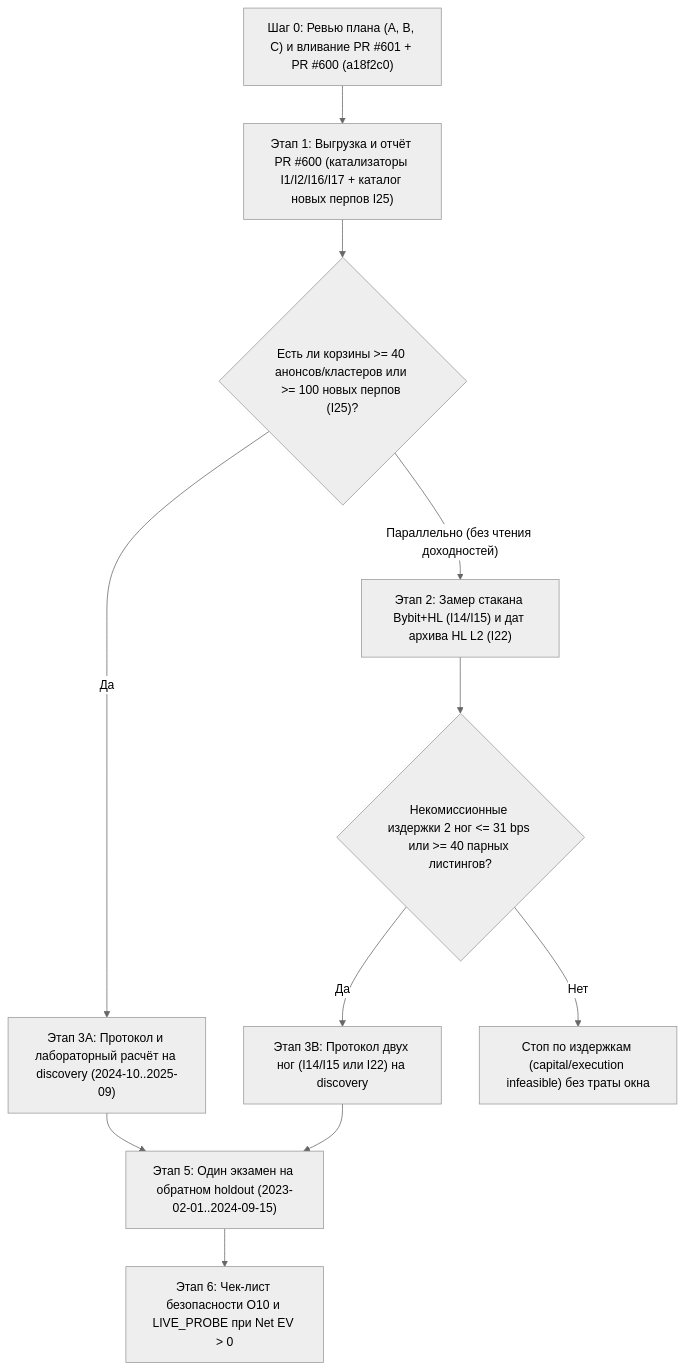
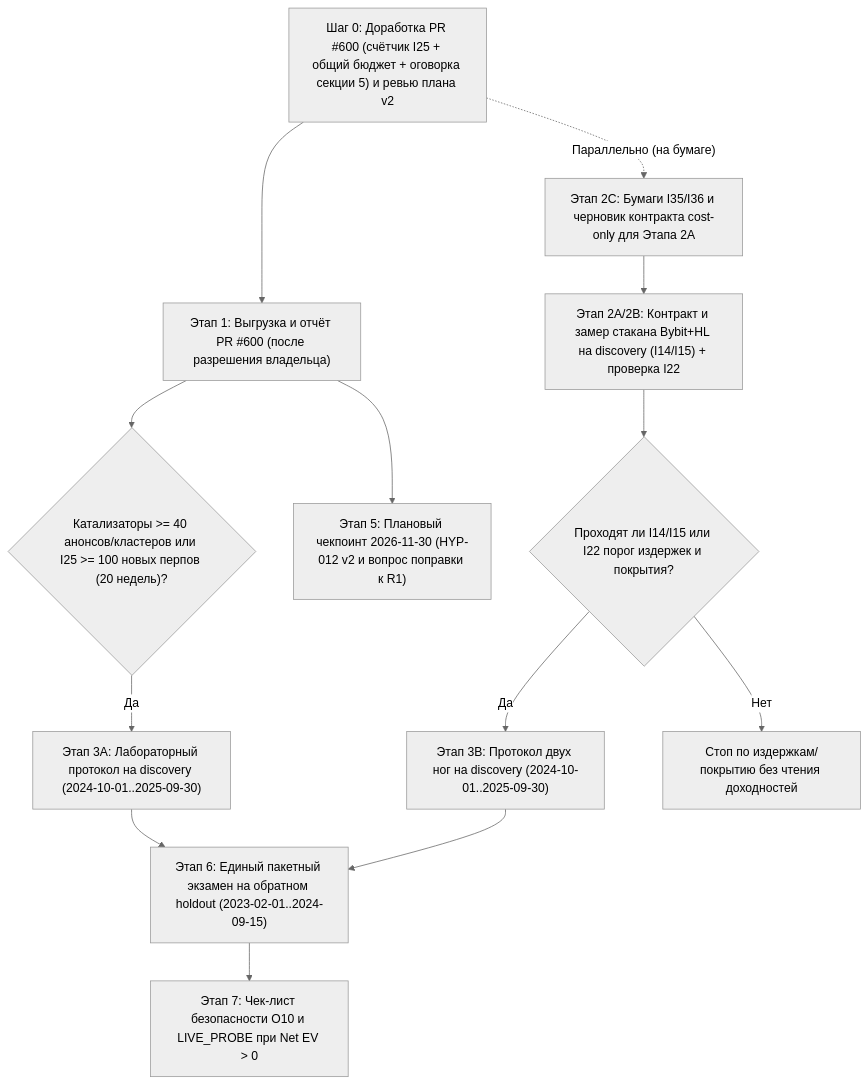
Before and after one commit to mavlevich/schurfer: the diagram in docs/consilium/plan.md, drawn with Mermaid (neutral theme). The commit also changed other lines of this file and 2 other files, not shown here.

````diff
--- a/docs/consilium/plan.md
+++ b/docs/consilium/plan.md
@@ -61,13 +72,15 @@
 ```mermaid
 flowchart TD
-    S0["Шаг 0: Ревью плана (A, B, C) и вливание PR #601 + PR #600 (a18f2c0)"] --> S1["Этап 1: Выгрузка и отчёт PR #600 (катализаторы I1/I2/I16/I17 + каталог новых перпов I25)"]
-    S1 --> G1{"Есть ли корзины >= 40 анонсов/кластеров или >= 100 новых перпов (I25)?"}
-    G1 -- "Да" --> S3A["Этап 3A: Протокол и лабораторный расчёт на discovery (2024-10..2025-09)"]
-    G1 -- "Параллельно (без чтения доходностей)" --> S2["Этап 2: Замер стакана Bybit+HL (I14/I15) и дат архива HL L2 (I22)"]
-    S2 --> G2{"Некомиссионные издержки 2 ног <= 31 bps или >= 40 парных листингов?"}
-    G2 -- "Да" --> S3B["Этап 3B: Протокол двух ног (I14/I15 или I22) на discovery"]
-    G2 -- "Нет" --> STOP2["Стоп по издержкам (capital/execution infeasible) без траты окна"]
-    S3A --> S5["Этап 5: Один экзамен на обратном holdout (2023-02-01..2024-09-15)"]
-    S3B --> S5
-    S5 --> S6["Этап 6: Чек-лист безопасности O10 и LIVE_PROBE при Net EV > 0"]
+    S0["Шаг 0: Доработка PR #600 (счётчик I25 + общий бюджет + оговорка секции 5) и ревью плана v2"] --> S1["Этап 1: Выгрузка и отчёт PR #600 (после разрешения владельца)"]
+    S0 -. "Параллельно (на бумаге)" .-> S2C["Этап 2C: Бумаги I35/I36 и черновик контракта cost-only для Этапа 2A"]
+    S1 --> G1{"Катализаторы >= 40 анонсов/кластеров или I25 >= 100 новых перпов (20 недель)?"}
+    G1 -- "Да" --> S3A["Этап 3A: Лабораторный протокол на discovery (2024-10-01..2025-09-30)"]
+    S2C --> S2["Этап 2A/2B: Контракт и замер стакана Bybit+HL на discovery (I14/I15) + проверка I22"]
+    S2 --> G2{"Проходят ли I14/I15 или I22 порог издержек и покрытия?"}
+    G2 -- "Да" --> S3B["Этап 3B: Протокол двух ног на discovery (2024-10-01..2025-09-30)"]
+    G2 -- "Нет" --> STOP2["Стоп по издержкам/покрытию без чтения доходностей"]
+    S1 --> S5["Этап 5: Плановый чекпоинт 2026-11-30 (HYP-012 v2 и вопрос поправки к R1)"]
+    S3A --> S6["Этап 6: Единый пакетный экзамен на обратном holdout (2023-02-01..2024-09-15)"]
+    S3B --> S6
+    S6 --> S7["Этап 7: Чек-лист безопасности O10 и LIVE_PROBE при Net EV > 0"]
 ```
````
